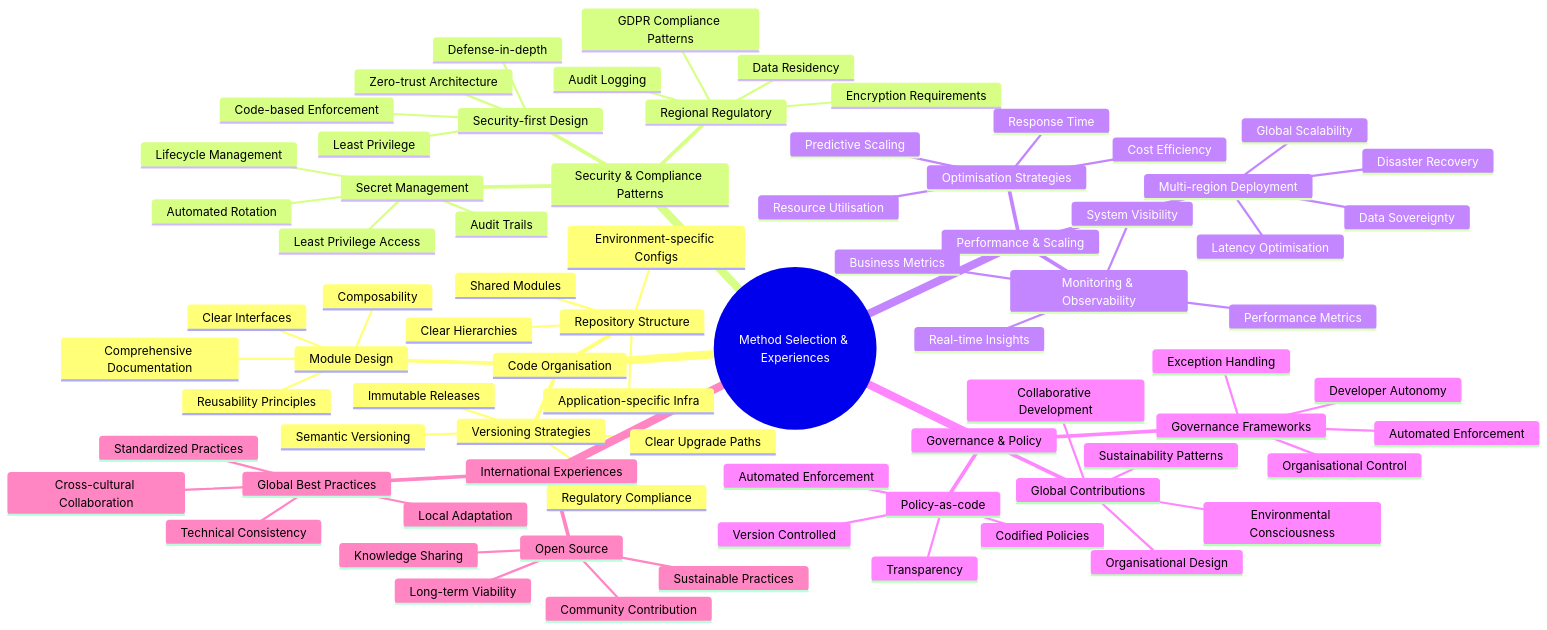
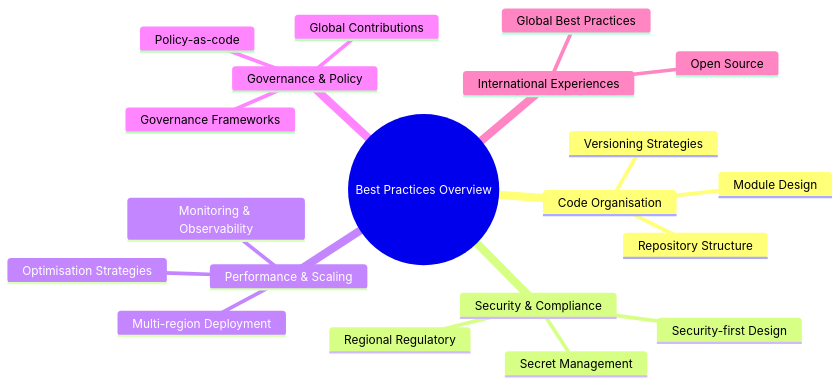
One commit to Geonitab/architecture_as_code changed the diagram in docs/images/mindmap_22_best_practices.mmd. Above: the diagram before and after it, drawn with Mermaid. The commit also changed 15 other files, not shown here.

First line of the commit message:
Enhance Gantt chart styling with Kvadrat brand consistency (#1506)

```diff
--- a/docs/images/mindmap_22_best_practices.mmd
+++ b/docs/images/mindmap_22_best_practices.mmd
@@ -1,77 +1,21 @@
 mindmap
-  root((Method Selection & Experiences))
+  root((Best Practices Overview))
     Code Organisation
       Repository Structure
-        Shared Modules
-        Environment-specific Configs
-        Application-specific Infra
-        Clear Hierarchies
       Module Design
-        Reusability Principles
-        Composability
-        Clear Interfaces
-        Comprehensive Documentation
       Versioning Strategies
-        Semantic Versioning
-        Immutable Releases
-        Clear Upgrade Paths
-        Regulatory Compliance
-    Security & Compliance Patterns
+    Security & Compliance
       Security-first Design
-        Defense-in-depth
-        Least Privilege
-        Zero-trust Architecture
-        Code-based Enforcement
       Regional Regulatory
-        GDPR Compliance Patterns
-        Data Residency
-        Encryption Requirements
-        Audit Logging
       Secret Management
-        Automated Rotation
-        Audit Trails
-        Least Privilege Access
-        Lifecycle Management
     Performance & Scaling
       Optimisation Strategies
-        Cost Efficiency
-        Resource Utilisation
-        Response Time
-        Predictive Scaling
       Multi-region Deployment
-        Global Scalability
-        Data Sovereignty
-        Latency Optimisation
-        Disaster Recovery
       Monitoring & Observability
-        System Visibility
-        Real-time Insights
-        Performance Metrics
-        Business Metrics
     Governance & Policy
       Governance Frameworks
-        Developer Autonomy
-        Organisational Control
-        Automated Enforcement
-        Exception Handling
       Policy-as-code
-        Codified Policies
-        Version Controlled
-        Automated Enforcement
-        Transparency
       Global Contributions
-        Organisational Design
-        Environmental Consciousness
-        Collaborative Development
-        Sustainability Patterns
     International Experiences
       Global Best Practices
-        Cross-cultural Collaboration
-        Technical Consistency
-        Local Adaptation
-        Standardized Practices
       Open Source
-        Community Contribution
-        Knowledge Sharing
-        Sustainable Practices
-        Long-term Viability
```
